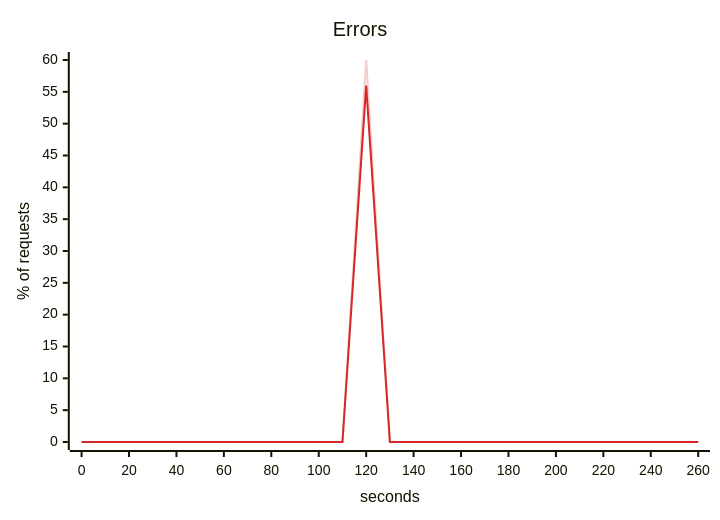
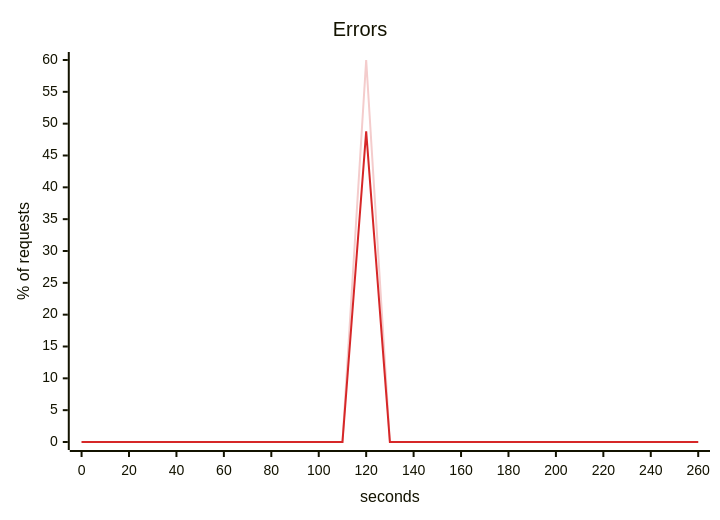
The fourth of 5 diagrams in scenarios/slow-dependency/solutions/fewer-retries/report.md (akinfemi/load-lore), drawn with Mermaid before and after one commit. The commit also changed other lines of this file and 71 other files, not shown here.

````diff
--- a/scenarios/slow-dependency/solutions/fewer-retries/report.md
+++ b/scenarios/slow-dependency/solutions/fewer-retries/report.md
@@ -75,15 +75,15 @@
 ```mermaid
 ---
 config:
   themeVariables:
     xyChart:
       backgroundColor: "transparent"
       plotColorPalette: "#f4cccc, #d62728"
 ---
 xychart-beta
     title "Errors"
     x-axis "seconds" 0 --> 260
     y-axis "% of requests" 0 --> 60
     line [0, 0, 0, 0, 0, 0, 0, 0, 0, 0, 0, 0, 60, 0, 0, 0, 0, 0, 0, 0, 0, 0, 0, 0, 0, 0, 0]
-    line [0, 0, 0, 0, 0, 0, 0, 0, 0, 0, 0, 0, 55.999, 0, 0, 0, 0, 0, 0, 0, 0, 0, 0, 0, 0, 0, 0]
+    line [0, 0, 0, 0, 0, 0, 0, 0, 0, 0, 0, 0, 48.8, 0, 0, 0, 0, 0, 0, 0, 0, 0, 0, 0, 0, 0, 0]
 ```
````
